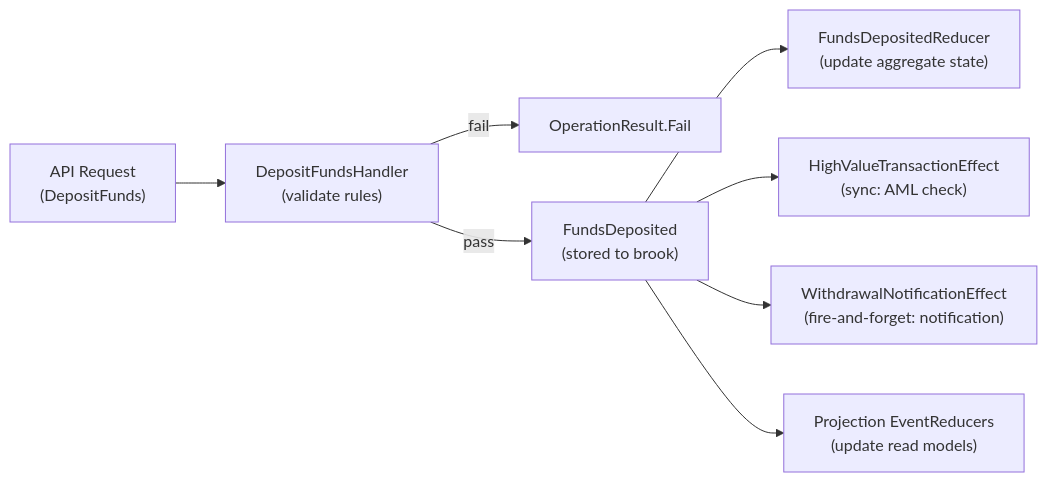
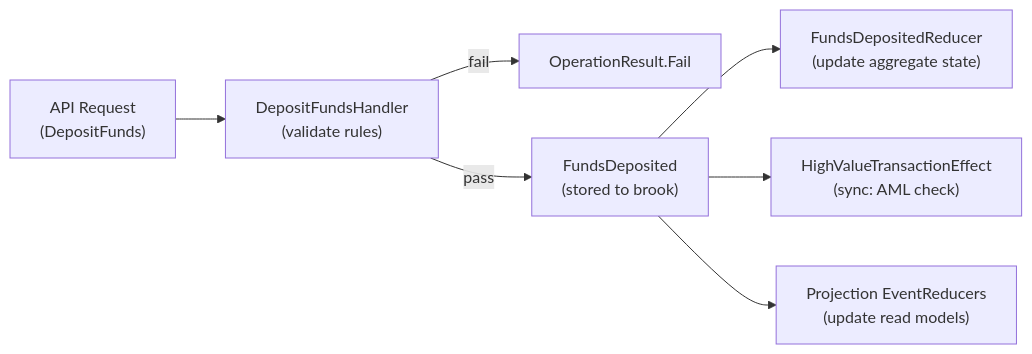
One commit to Gibbs-Morris/mississippi changed the diagram in docs/Docusaurus/docs/spring-sample/building-an-aggregate.md. Above: the diagram before and after it, drawn with Mermaid.

Commit message:
Fix deposit flow diagram effect wiring

````diff
--- a/docs/Docusaurus/docs/spring-sample/building-an-aggregate.md
+++ b/docs/Docusaurus/docs/spring-sample/building-an-aggregate.md
@@ -419,10 +419,9 @@
 ```mermaid
 flowchart LR
     API["API Request\n(DepositFunds)"] --> Handler["DepositFundsHandler\n(validate rules)"]
     Handler -->|fail| Error["OperationResult.Fail"]
     Handler -->|pass| Event["FundsDeposited\n(stored to brook)"]
     Event --> Reducer["FundsDepositedReducer\n(update aggregate state)"]
     Event --> Effect1["HighValueTransactionEffect\n(sync: AML check)"]
-    Event --> Effect2["WithdrawalNotificationEffect\n(fire-and-forget: notification)"]
     Event --> ProjReducer["Projection EventReducers\n(update read models)"]
 ```
````
